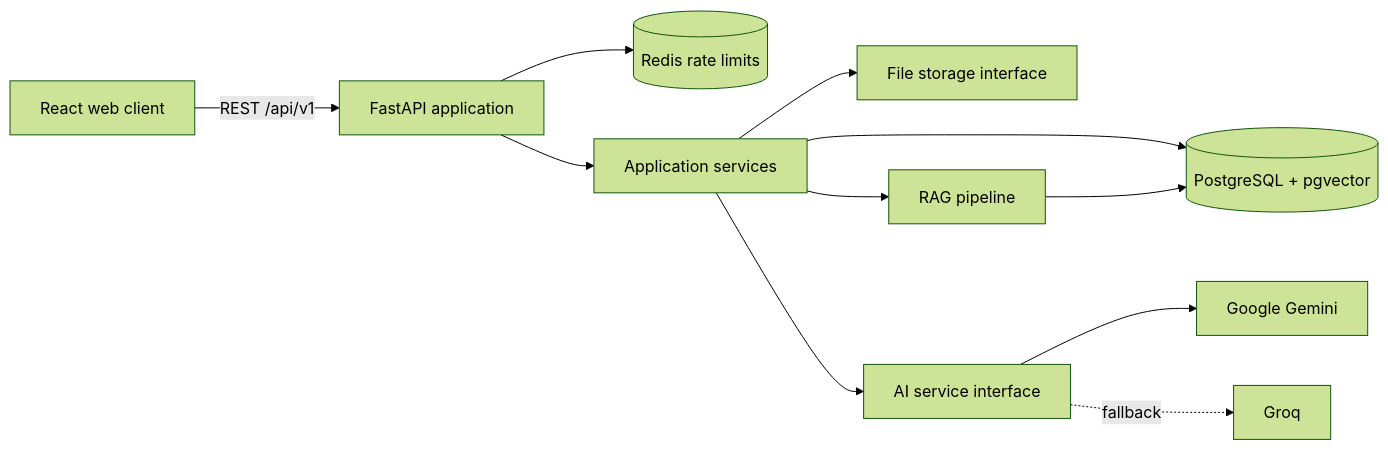
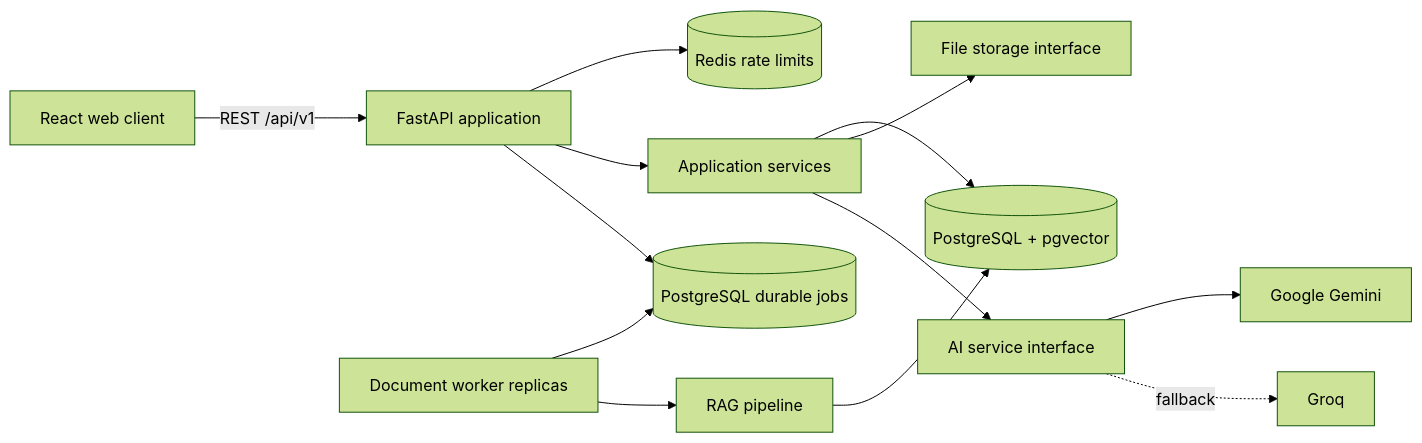
One commit to Leandrosp9/webapp-workflix changed the diagram in docs/architecture.md. Above: the diagram before and after it, drawn with Mermaid (forest theme). The commit also changed other lines of this file and 23 other files, not shown here.

````diff
--- a/docs/architecture.md
+++ b/docs/architecture.md
@@ -11,13 +11,15 @@
 ```mermaid
 flowchart LR
     Browser[React web client] -->|REST /api/v1| API[FastAPI application]
     API --> Redis[(Redis rate limits)]
     API --> Domain[Application services]
+    API --> Queue[(PostgreSQL durable jobs)]
+    Worker[Document worker replicas] --> Queue
     Domain --> DB[(PostgreSQL + pgvector)]
     Domain --> Storage[File storage interface]
     Domain --> AI[AI service interface]
     AI --> Gemini[Google Gemini]
     AI -. fallback .-> Groq[Groq]
-    Domain --> RAG[RAG pipeline]
+    Worker --> RAG[RAG pipeline]
     RAG --> DB
 ```
````
